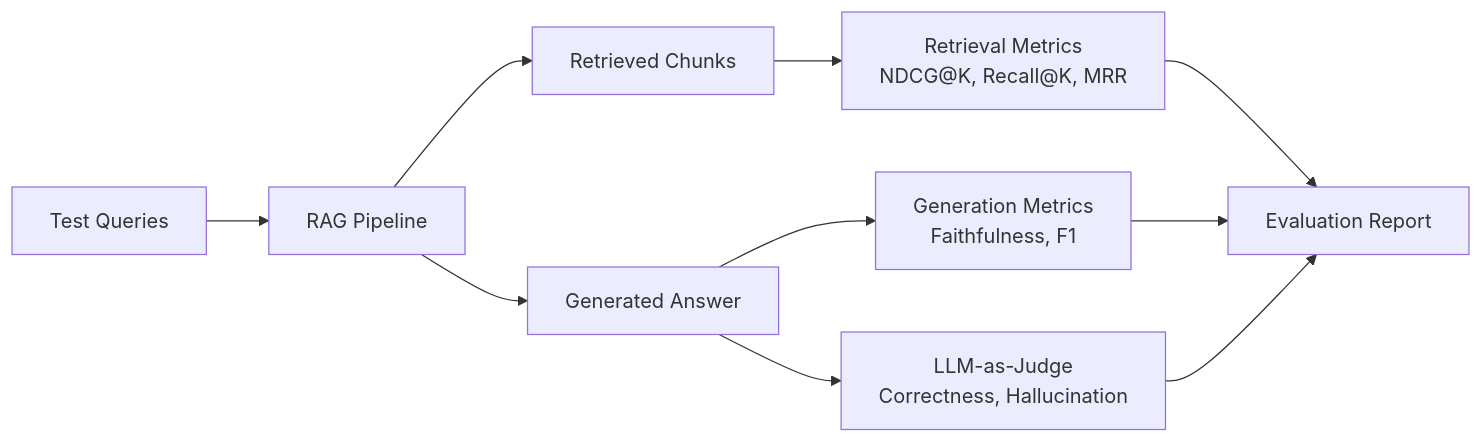
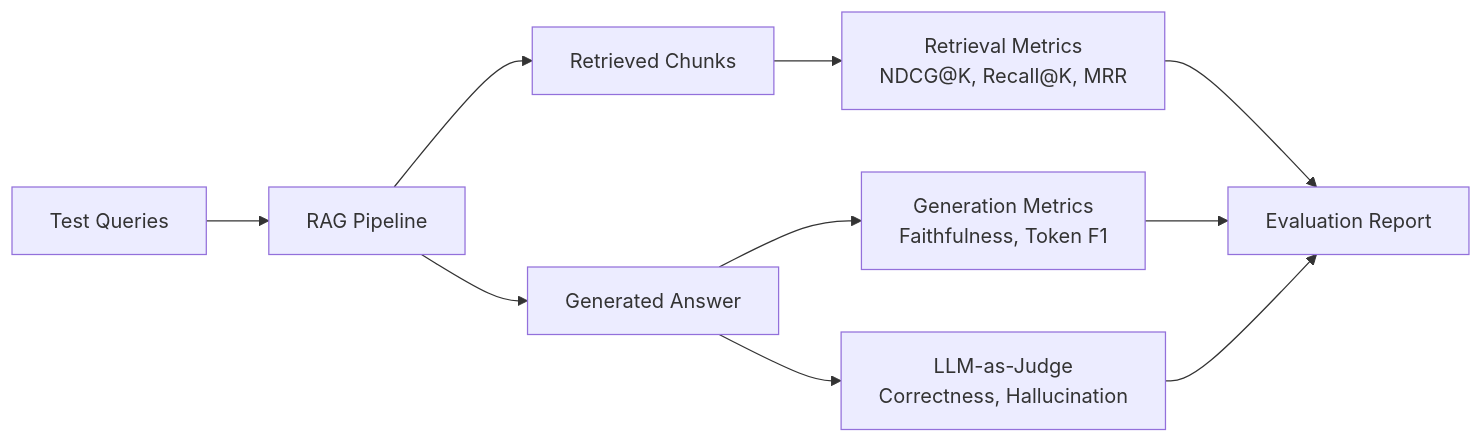
Before and after one commit to sarihammad/docrank: the second of 2 diagrams in README.md, drawn with Mermaid. The commit also changed other lines of this file, not shown here.

````diff
--- a/README.md
+++ b/README.md
@@ -34,12 +34,12 @@
 ```mermaid
 graph LR
     A[Test Queries] --> B[RAG Pipeline]
     B --> C[Retrieved Chunks]
     B --> D[Generated Answer]
     C --> E[Retrieval Metrics\nNDCG@K, Recall@K, MRR]
-    D --> F[Generation Metrics\nFaithfulness, F1]
+    D --> F[Generation Metrics\nFaithfulness, Token F1]
     D --> G[LLM-as-Judge\nCorrectness, Hallucination]
     E --> H[Evaluation Report]
     F --> H
     G --> H
 ```
````
